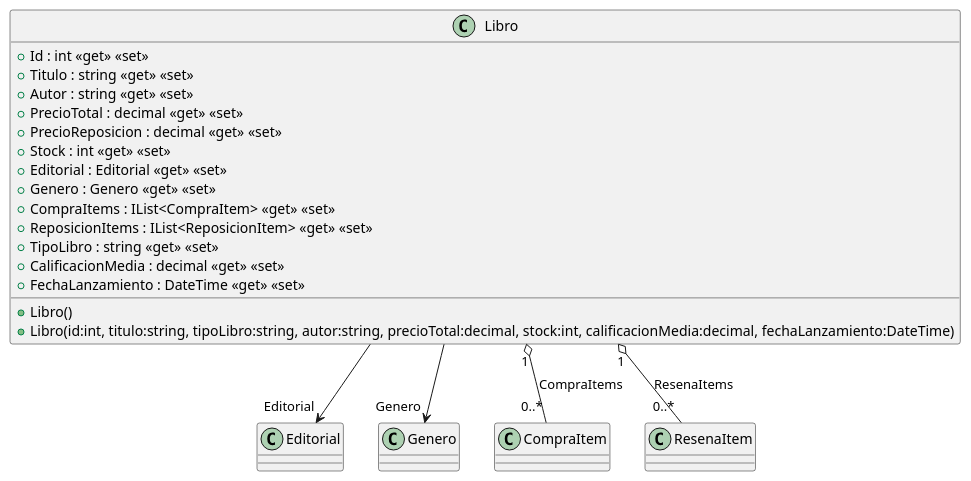
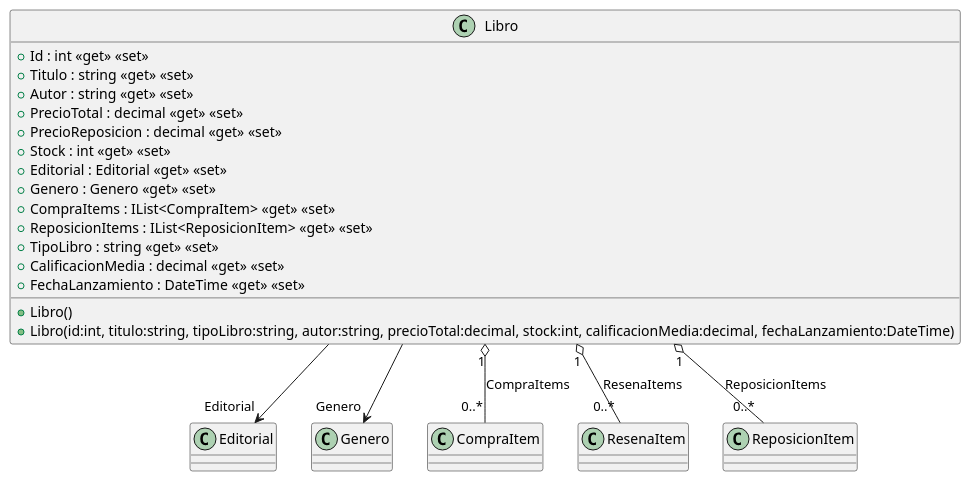
Before and after one commit to ISII2627LosElnes/ISII2627LosElnes: the diagram in src/AppForSEII.API/ClassDiagram/Libro.puml, drawn with PlantUML. The commit also changed 5 other files, not shown here.

```diff
--- a/src/AppForSEII.API/ClassDiagram/Libro.puml
+++ b/src/AppForSEII.API/ClassDiagram/Libro.puml
@@ -1,24 +1,25 @@
 @startuml
 class Libro {
     + Libro()
     + Libro(id:int, titulo:string, tipoLibro:string, autor:string, precioTotal:decimal, stock:int, calificacionMedia:decimal, fechaLanzamiento:DateTime)
     + Id : int <<get>> <<set>>
     + Titulo : string <<get>> <<set>>
     + Autor : string <<get>> <<set>>
     + PrecioTotal : decimal <<get>> <<set>>
     + PrecioReposicion : decimal <<get>> <<set>>
     + Stock : int <<get>> <<set>>
     + Editorial : Editorial <<get>> <<set>>
     + Genero : Genero <<get>> <<set>>
     + CompraItems : IList<CompraItem> <<get>> <<set>>
     + ReposicionItems : IList<ReposicionItem> <<get>> <<set>>
     + TipoLibro : string <<get>> <<set>>
     + CalificacionMedia : decimal <<get>> <<set>>
      + FechaLanzamiento : DateTime <<get>> <<set>>
 }
 
 Libro --> "Editorial" Editorial
 Libro --> "Genero" Genero
 Libro "1" o-- "0..*" CompraItem : CompraItems
 Libro "1" o-- "0..*" ResenaItem : ResenaItems
+Libro "1" o-- "0..*" ReposicionItem : ReposicionItems
 @enduml
```
